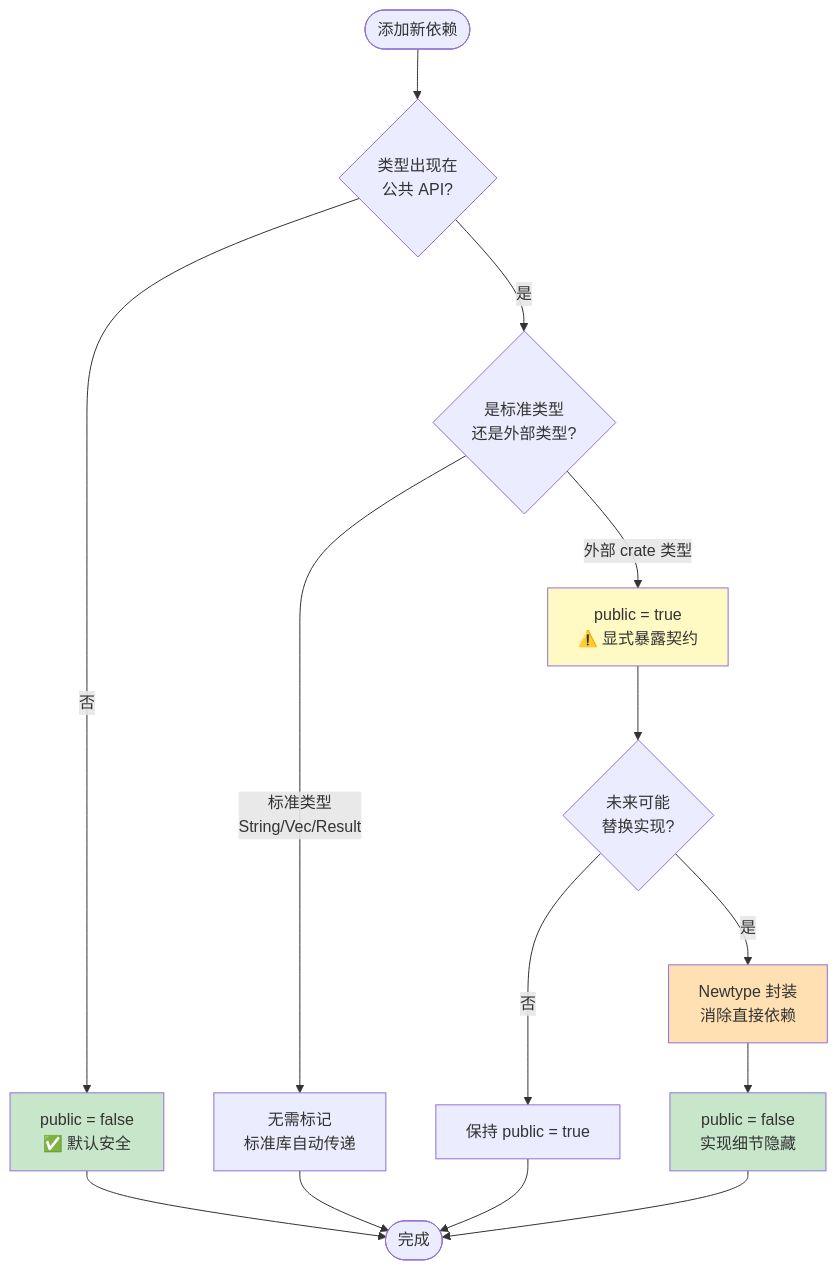
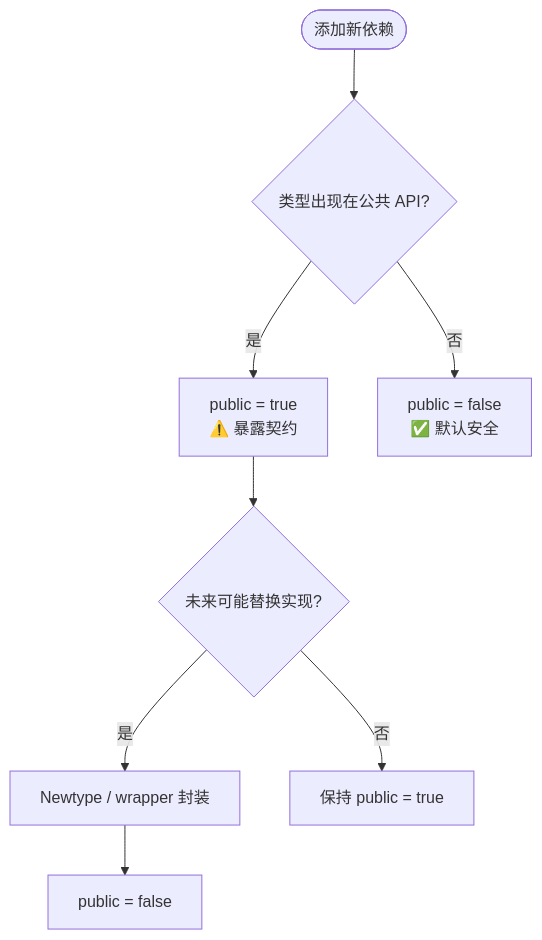
Before and after one commit to martin-ly/rust-lang: the diagram in concept/06_ecosystem/01_cargo/10_public_private_deps.md, drawn with Mermaid. The commit also changed other lines of this file and 29 other files, not shown here.

````diff
--- a/concept/06_ecosystem/01_cargo/10_public_private_deps.md
+++ b/concept/06_ecosystem/01_cargo/10_public_private_deps.md
@@ -272,26 +166,10 @@
 ```mermaid
 flowchart TD
-    Start([添加新依赖]) --> Q1{类型出现在<br/>公共 API?}
-
-    Q1 -->|是| Q2{是标准类型<br/>还是外部类型?}
-    Q1 -->|否| Private["public = false<br/>✅ 默认安全"]
-
-    Q2 -->|标准类型<br/>String/Vec/Result| Standard["无需标记<br/>标准库自动传递"]
-    Q2 -->|外部 crate 类型| Public["public = true<br/>⚠️ 显式暴露契约"]
-
-    Public --> Q3{未来可能<br/>替换实现?}
-    Q3 -->|是| Newtype["Newtype 封装<br/>消除直接依赖"]
-    Q3 -->|否| KeepPublic["保持 public = true"]
-
-    Newtype --> Private2["public = false<br/>实现细节隐藏"]
-
-    Private --> Done1([完成])
-    Standard --> Done1
-    KeepPublic --> Done1
-    Private2 --> Done1
-
-    style Private fill:#c8e6c9
-    style Private2 fill:#c8e6c9
-    style Public fill:#fff9c4
-    style Newtype fill:#ffe0b2
+    Start([添加新依赖]) --> Q1{类型出现在公共 API?}
+    Q1 -->|是| Public["public = true\n⚠️ 暴露契约"]
+    Q1 -->|否| Private["public = false\n✅ 默认安全"]
+    Public --> Q2{未来可能替换实现?}
+    Q2 -->|是| Newtype["Newtype / wrapper 封装"]
+    Q2 -->|否| Keep["保持 public = true"]
+    Newtype --> Private2["public = false"]
 ```
````
